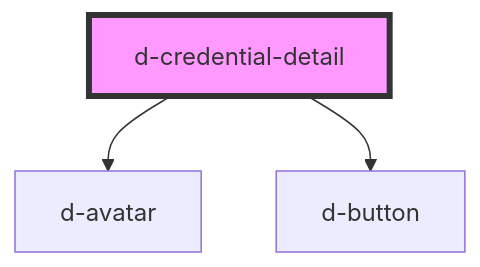
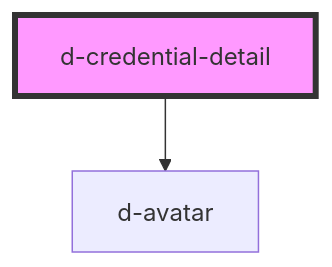
One commit to ForkbombEu/didroom-components changed the diagram in src/components/credential-detail/readme.md. Above: the diagram before and after it, drawn with Mermaid. The commit also changed other lines of this file and 11 other files, not shown here.

Commit message:
refactor: unify credential detail and credential offer components

````diff
--- a/src/components/credential-detail/readme.md
+++ b/src/components/credential-detail/readme.md
@@ -28,6 +26,5 @@
 ```mermaid
 graph TD;
   d-credential-detail --> d-avatar
-  d-credential-detail --> d-button
   style d-credential-detail fill:#f9f,stroke:#333,stroke-width:4px
 ```
````
